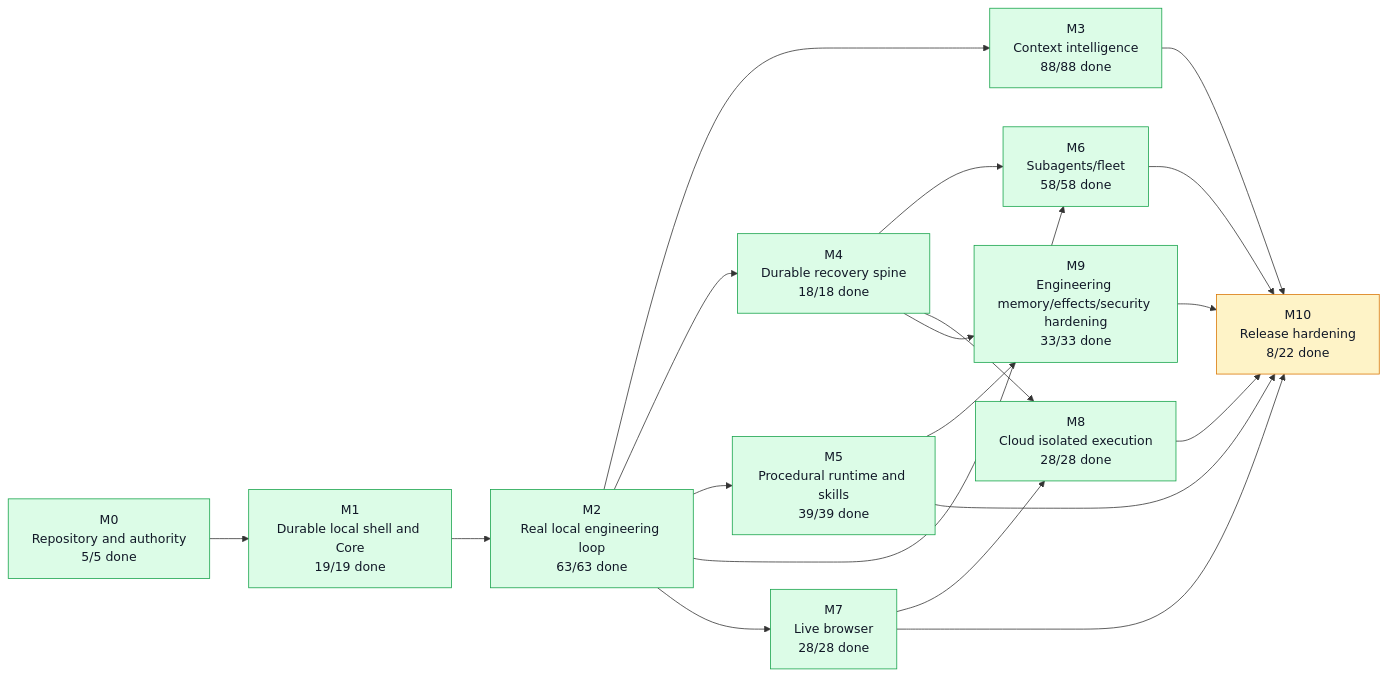
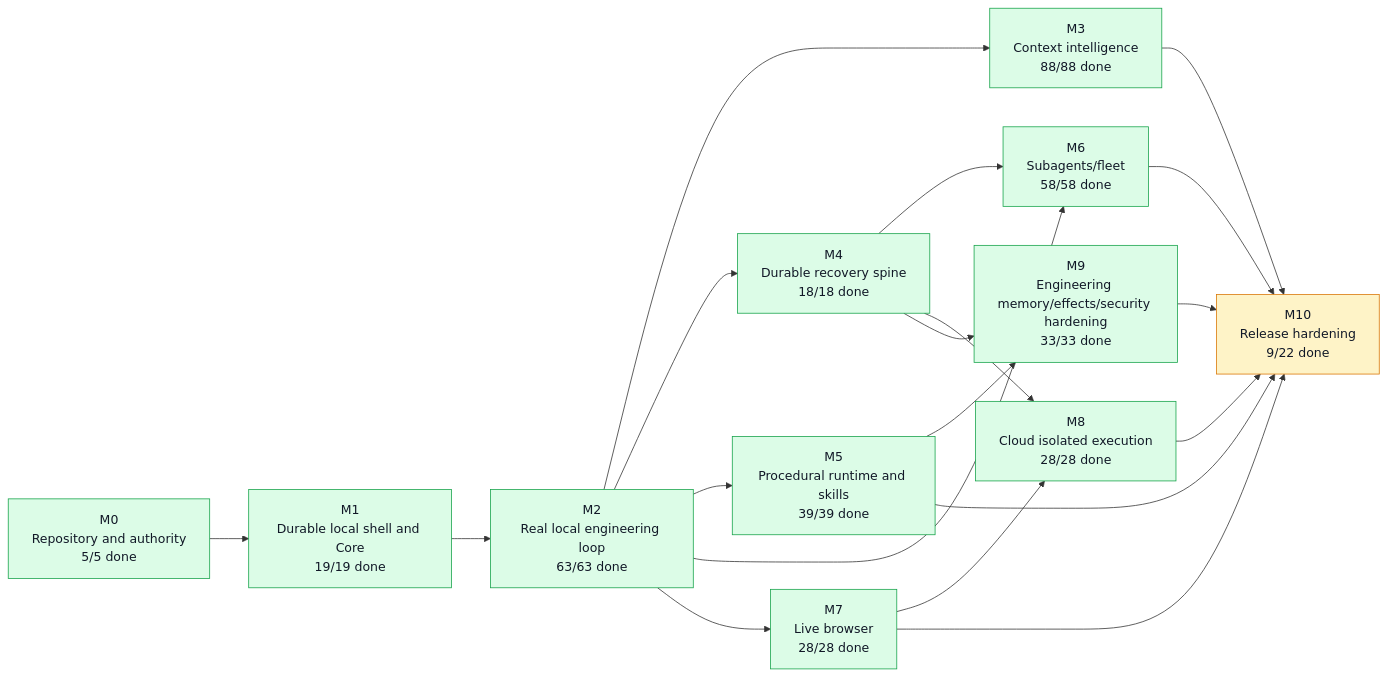
The first of 5 diagrams in graph/PROJECT_GRAPH.md (moss101/modbit), drawn with Mermaid before and after one commit. The commit also changed other lines of this file and 6 other files, not shown here.

````diff
--- a/graph/PROJECT_GRAPH.md
+++ b/graph/PROJECT_GRAPH.md
@@ -57,43 +57,43 @@
 ```mermaid
 flowchart LR
   M0["M0<br/>Repository and authority<br/>5/5 done"]
   M1["M1<br/>Durable local shell and Core<br/>19/19 done"]
   M2["M2<br/>Real local engineering loop<br/>63/63 done"]
   M3["M3<br/>Context intelligence<br/>88/88 done"]
   M4["M4<br/>Durable recovery spine<br/>18/18 done"]
   M5["M5<br/>Procedural runtime and skills<br/>39/39 done"]
   M6["M6<br/>Subagents/fleet<br/>58/58 done"]
   M7["M7<br/>Live browser<br/>28/28 done"]
   M8["M8<br/>Cloud isolated execution<br/>28/28 done"]
   M9["M9<br/>Engineering memory/effects/security hardening<br/>33/33 done"]
-  M10["M10<br/>Release hardening<br/>8/22 done"]
+  M10["M10<br/>Release hardening<br/>9/22 done"]
   M0 --> M1
   M1 --> M2
   M2 --> M3
   M2 --> M4
   M2 --> M5
   M2 --> M6
   M4 --> M6
   M2 --> M7
   M4 --> M8
   M7 --> M8
   M4 --> M9
   M5 --> M9
   M3 --> M10
   M5 --> M10
   M6 --> M10
   M7 --> M10
   M8 --> M10
   M9 --> M10
   style M0 fill:#dcfce7,stroke:#16a34a,color:#111827
   style M1 fill:#dcfce7,stroke:#16a34a,color:#111827
   style M2 fill:#dcfce7,stroke:#16a34a,color:#111827
   style M3 fill:#dcfce7,stroke:#16a34a,color:#111827
   style M4 fill:#dcfce7,stroke:#16a34a,color:#111827
   style M5 fill:#dcfce7,stroke:#16a34a,color:#111827
   style M6 fill:#dcfce7,stroke:#16a34a,color:#111827
   style M7 fill:#dcfce7,stroke:#16a34a,color:#111827
   style M8 fill:#dcfce7,stroke:#16a34a,color:#111827
   style M9 fill:#dcfce7,stroke:#16a34a,color:#111827
   style M10 fill:#fef3c7,stroke:#d97706,color:#111827
 ```
````
